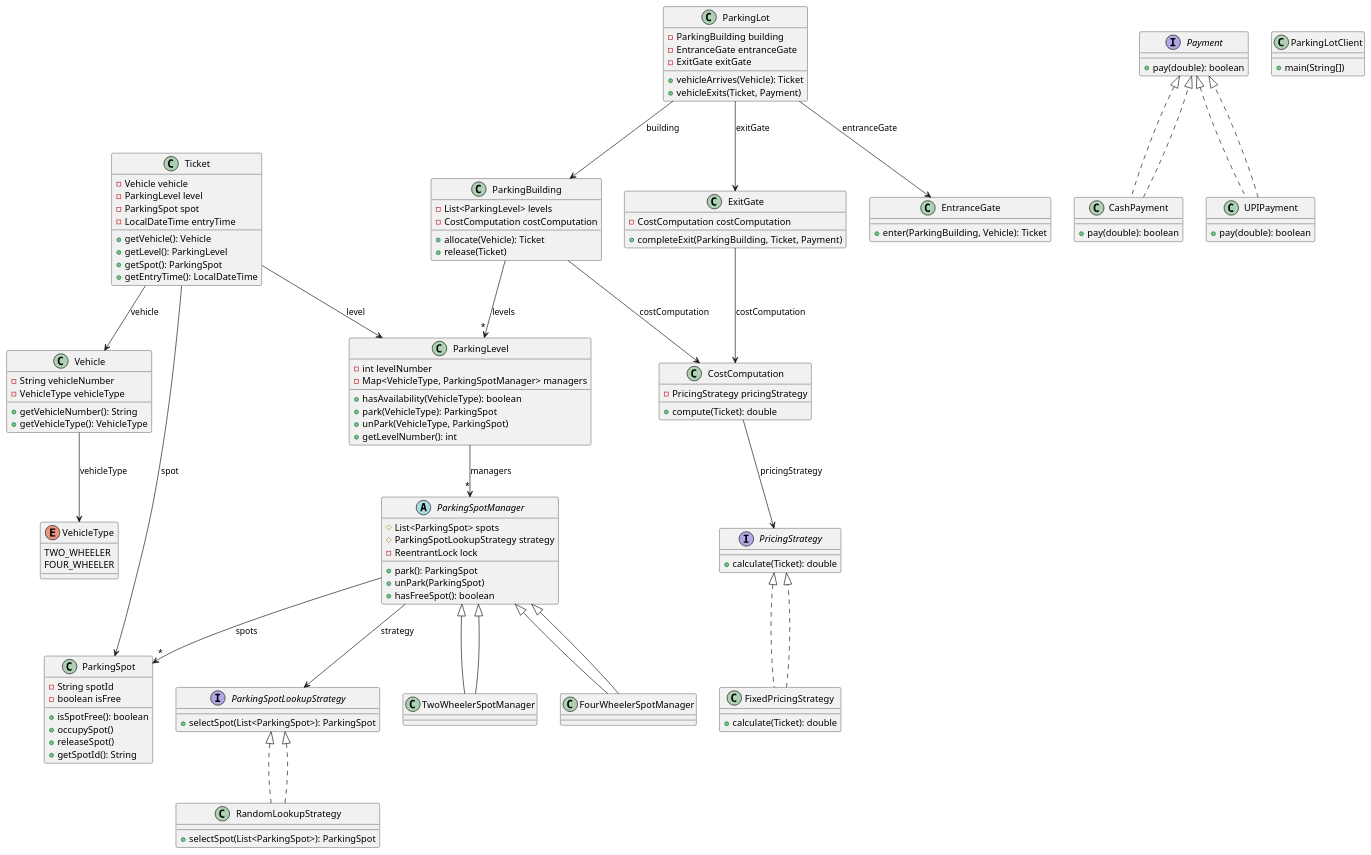
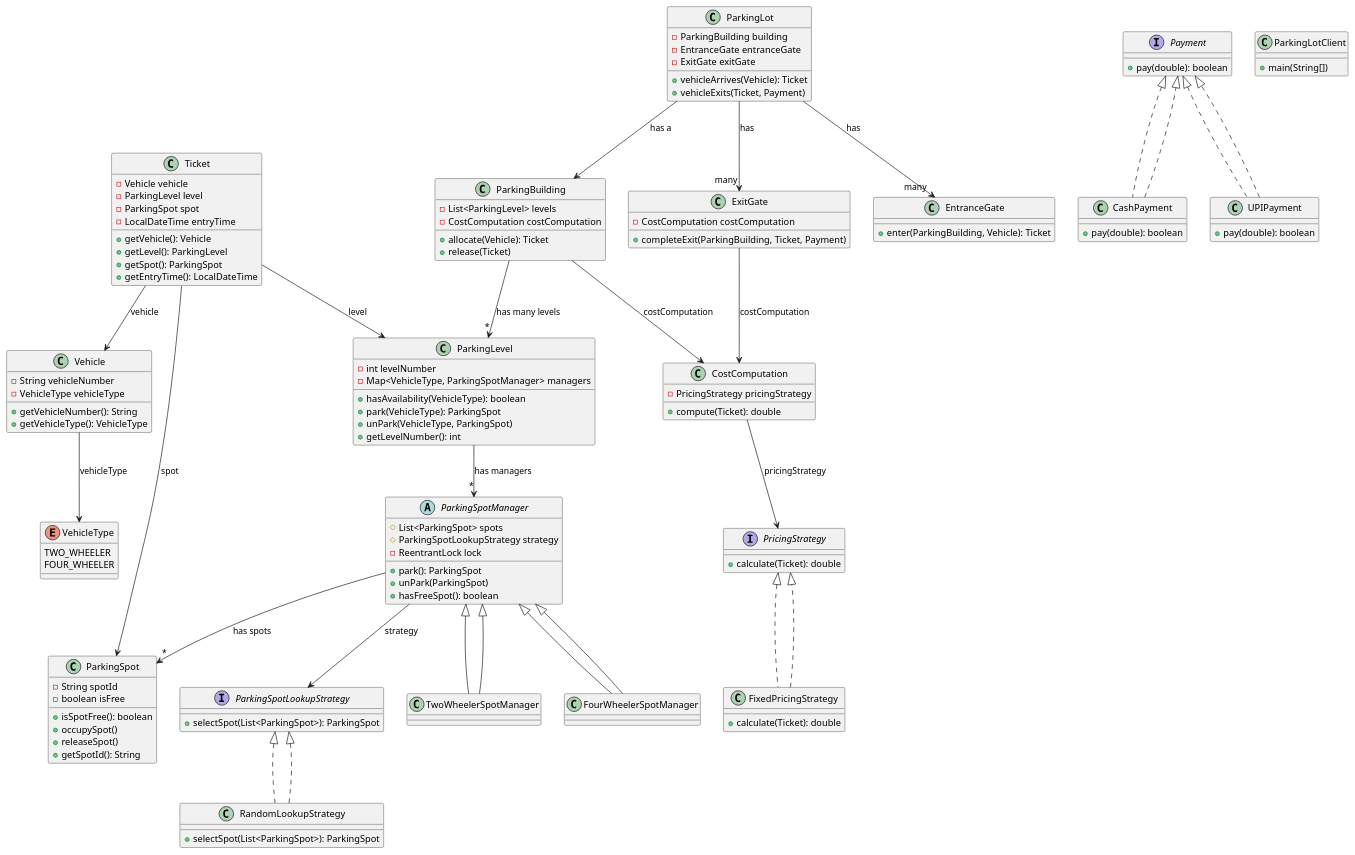
The diagram in src/main/java/com/conceptcoding/interviewquestions/parking_lot/LLD.puml (ashu-pixel/lld-notes), drawn with PlantUML before and after one commit.

Commit message:
parking lot uml

```diff
--- a/src/main/java/com/conceptcoding/interviewquestions/parking_lot/LLD.puml
+++ b/src/main/java/com/conceptcoding/interviewquestions/parking_lot/LLD.puml
@@ -1,153 +1,153 @@
 @startuml Parking Lot System
 
 class ParkingLot {
     - ParkingBuilding building
     - EntranceGate entranceGate
     - ExitGate exitGate
     + vehicleArrives(Vehicle): Ticket
     + vehicleExits(Ticket, Payment)
 }
 
 class ParkingBuilding {
     - List<ParkingLevel> levels
     - CostComputation costComputation
     + allocate(Vehicle): Ticket
     + release(Ticket)
 }
 
 class ParkingLevel {
     - int levelNumber
     - Map<VehicleType, ParkingSpotManager> managers
     + hasAvailability(VehicleType): boolean
     + park(VehicleType): ParkingSpot
     + unPark(VehicleType, ParkingSpot)
     + getLevelNumber(): int
 }
 
 class EntranceGate {
     + enter(ParkingBuilding, Vehicle): Ticket
 }
 
 class ExitGate {
     - CostComputation costComputation
     + completeExit(ParkingBuilding, Ticket, Payment)
 }
 
 class Vehicle {
     - String vehicleNumber
     - VehicleType vehicleType
     + getVehicleNumber(): String
     + getVehicleType(): VehicleType
 }
 
 class ParkingSpot {
     - String spotId
     - boolean isFree
     + isSpotFree(): boolean
     + occupySpot()
     + releaseSpot()
     + getSpotId(): String
 }
 
 enum VehicleType {
     TWO_WHEELER
     FOUR_WHEELER
 }
 
 class Ticket {
     - Vehicle vehicle
     - ParkingLevel level
     - ParkingSpot spot
     - LocalDateTime entryTime
     + getVehicle(): Vehicle
     + getLevel(): ParkingLevel
     + getSpot(): ParkingSpot
     + getEntryTime(): LocalDateTime
 }
 
 abstract class ParkingSpotManager {
     # List<ParkingSpot> spots
     # ParkingSpotLookupStrategy strategy
     - ReentrantLock lock
     + park(): ParkingSpot
     + unPark(ParkingSpot)
     + hasFreeSpot(): boolean
 }
 
 class TwoWheelerSpotManager extends ParkingSpotManager {
 }
 
 class FourWheelerSpotManager extends ParkingSpotManager {
 }
 
 interface ParkingSpotLookupStrategy {
     + selectSpot(List<ParkingSpot>): ParkingSpot
 }
 
 class RandomLookupStrategy implements ParkingSpotLookupStrategy {
     + selectSpot(List<ParkingSpot>): ParkingSpot
 }
 
 class CostComputation {
     - PricingStrategy pricingStrategy
     + compute(Ticket): double
 }
 
 interface PricingStrategy {
     + calculate(Ticket): double
 }
 
 class FixedPricingStrategy implements PricingStrategy {
     + calculate(Ticket): double
 }
 
 interface Payment {
     + pay(double): boolean
 }
 
 class CashPayment implements Payment {
     + pay(double): boolean
 }
 
 class UPIPayment implements Payment {
     + pay(double): boolean
 }
 
 class ParkingLotClient {
     + main(String[])
 }
 
 ' Relationships
-ParkingLot --> ParkingBuilding : building
-ParkingLot --> EntranceGate : entranceGate
-ParkingLot --> ExitGate : exitGate
+ParkingLot --> ParkingBuilding : has a
+ParkingLot --> "many" EntranceGate : has
+ParkingLot --> "many" ExitGate : has
 
-ParkingBuilding --> "*" ParkingLevel : levels
+ParkingBuilding --> "*" ParkingLevel : has many levels
 ParkingBuilding --> CostComputation : costComputation
 
-ParkingLevel --> "*" ParkingSpotManager : managers
+ParkingLevel --> "*" ParkingSpotManager : has managers
 
-ParkingSpotManager --> "*" ParkingSpot : spots
+ParkingSpotManager --> "*" ParkingSpot : has spots
 ParkingSpotManager --> ParkingSpotLookupStrategy : strategy
 
 TwoWheelerSpotManager --|> ParkingSpotManager
 FourWheelerSpotManager --|> ParkingSpotManager
 
 RandomLookupStrategy ..|> ParkingSpotLookupStrategy
 
 ExitGate --> CostComputation : costComputation
 
 CostComputation --> PricingStrategy : pricingStrategy
 
 FixedPricingStrategy ..|> PricingStrategy
 
 CashPayment ..|> Payment
 UPIPayment ..|> Payment
 
 Ticket --> Vehicle : vehicle
 Ticket --> ParkingLevel : level
 Ticket --> ParkingSpot : spot
 
 Vehicle --> VehicleType : vehicleType
 
 @enduml
```
